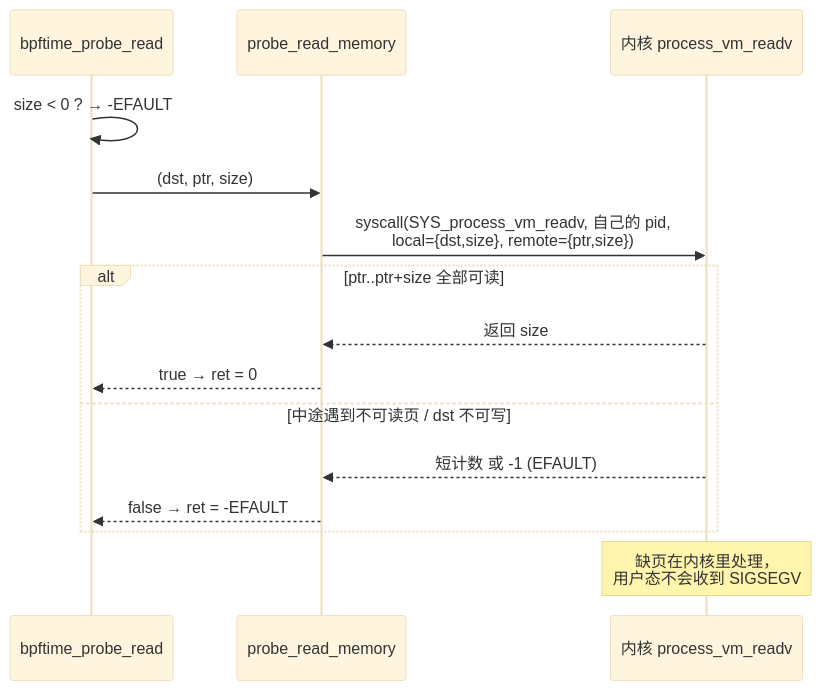
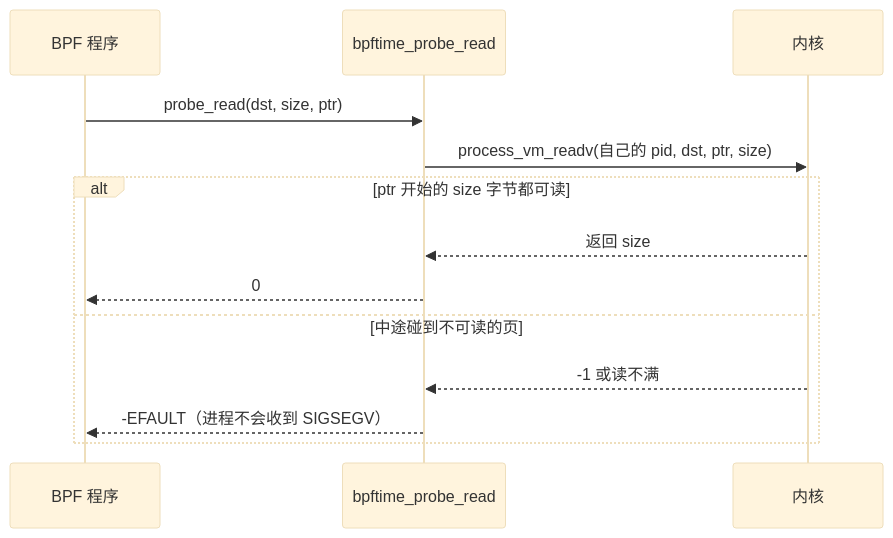
One commit to plsy1/bpftime-benchmark changed the third of 3 diagrams in 06-maps-helpers.md. Above: the diagram before and after it, drawn with Mermaid (base theme). The commit also changed other lines of this file and 10 other files, not shown here.

````diff
--- a/06-maps-helpers.md
+++ b/06-maps-helpers.md
@@ -448,17 +430,15 @@
 ```mermaid
 sequenceDiagram
+    participant P as BPF 程序
     participant H as bpftime_probe_read
-    participant P as probe_read_memory
-    participant K as 内核 process_vm_readv
-    H->>H: size < 0 ? → -EFAULT
-    H->>P: (dst, ptr, size)
-    P->>K: syscall(SYS_process_vm_readv, 自己的 pid,<br/>local={dst,size}, remote={ptr,size})
-    alt ptr..ptr+size 全部可读
-        K-->>P: 返回 size
-        P-->>H: true → ret = 0
-    else 中途遇到不可读页 / dst 不可写
-        K-->>P: 短计数 或 -1 (EFAULT)
-        P-->>H: false → ret = -EFAULT
+    participant K as 内核
+    P->>H: probe_read(dst, size, ptr)
+    H->>K: process_vm_readv(自己的 pid, dst, ptr, size)
+    alt ptr 开始的 size 字节都可读
+        K-->>H: 返回 size
+        H-->>P: 0
+    else 中途碰到不可读的页
+        K-->>H: -1 或读不满
+        H-->>P: -EFAULT（进程不会收到 SIGSEGV）
     end
-    Note over K: 缺页在内核里处理，<br/>用户态不会收到 SIGSEGV
 ```
````
